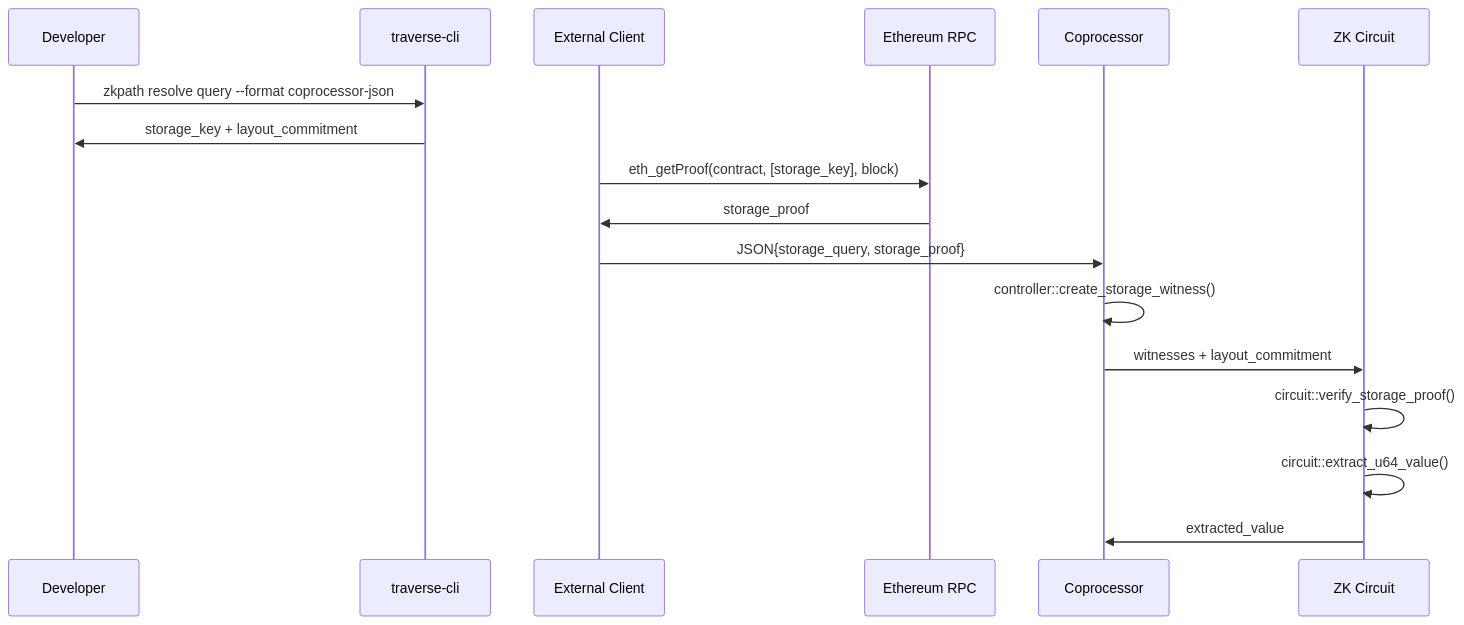
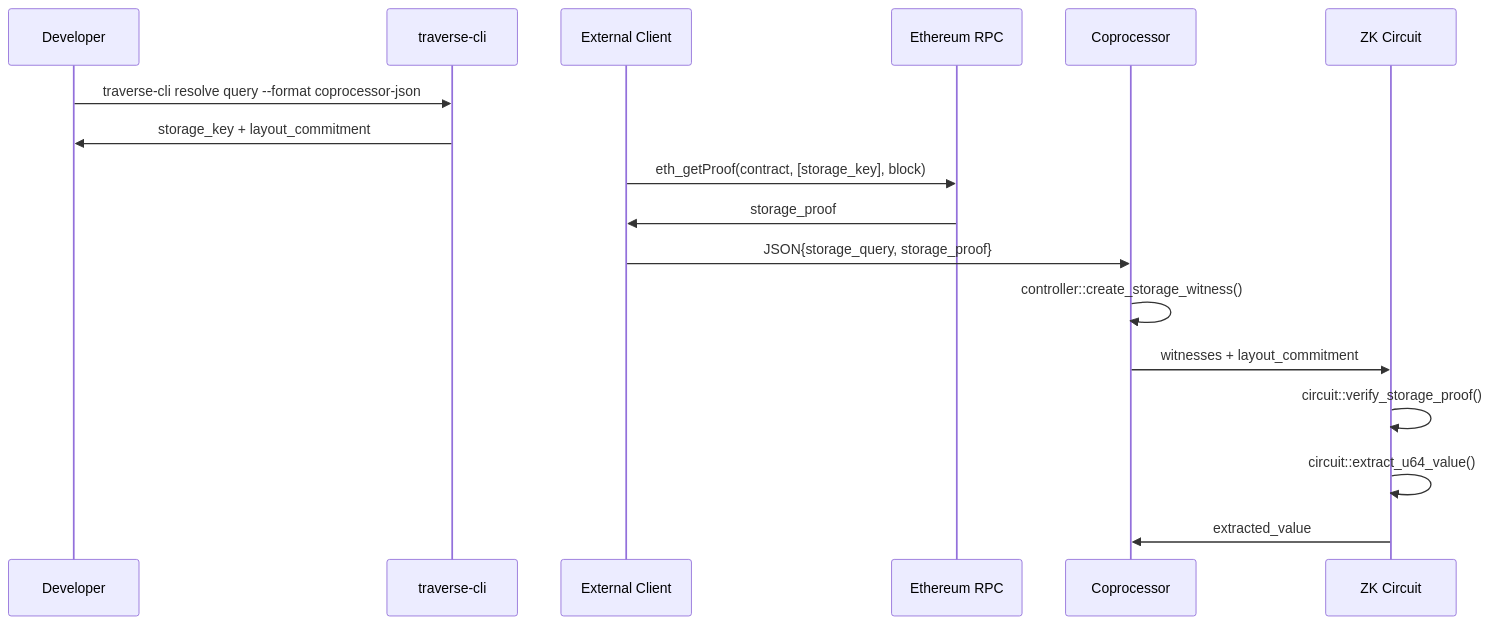
Before and after one commit to timewave-computer/traverse: the second of 2 diagrams in docs/architecture.md, drawn with Mermaid. The commit also changed other lines of this file and 2 other files, not shown here.

Commit message:
add valence coprocessor integration to example

````diff
--- a/docs/architecture.md
+++ b/docs/architecture.md
@@ -268,23 +268,23 @@
 ```mermaid
 sequenceDiagram
     participant Dev as Developer
     participant CLI as traverse-cli
     participant Client as External Client
     participant RPC as Ethereum RPC
     participant Coproc as Coprocessor
     participant Circuit as ZK Circuit
     
-    Dev->>CLI: zkpath resolve query --format coprocessor-json
+    Dev->>CLI: traverse-cli resolve query --format coprocessor-json
     CLI->>Dev: storage_key + layout_commitment
     
     Client->>RPC: eth_getProof(contract, [storage_key], block)
     RPC->>Client: storage_proof
     
     Client->>Coproc: JSON{storage_query, storage_proof}
     Coproc->>Coproc: controller::create_storage_witness()
     
     Coproc->>Circuit: witnesses + layout_commitment
     Circuit->>Circuit: circuit::verify_storage_proof()
     Circuit->>Circuit: circuit::extract_u64_value()
     Circuit->>Coproc: extracted_value
 ```
````
